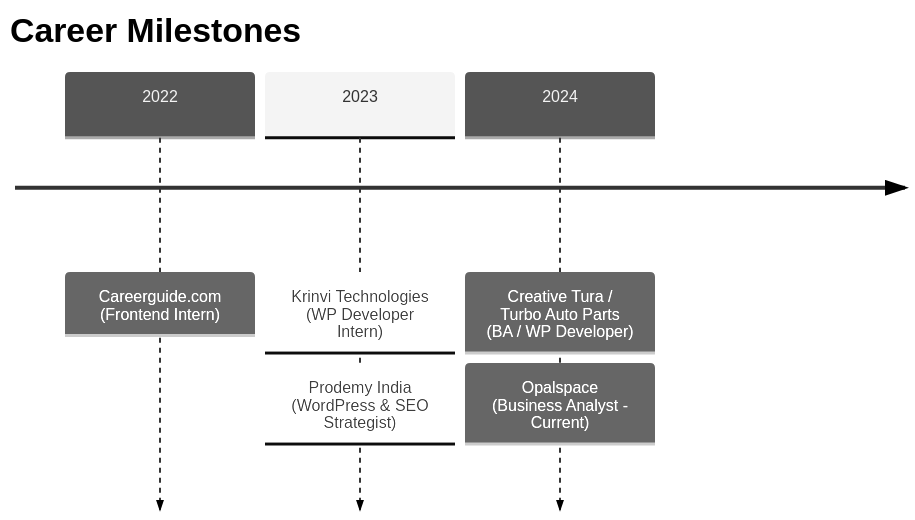
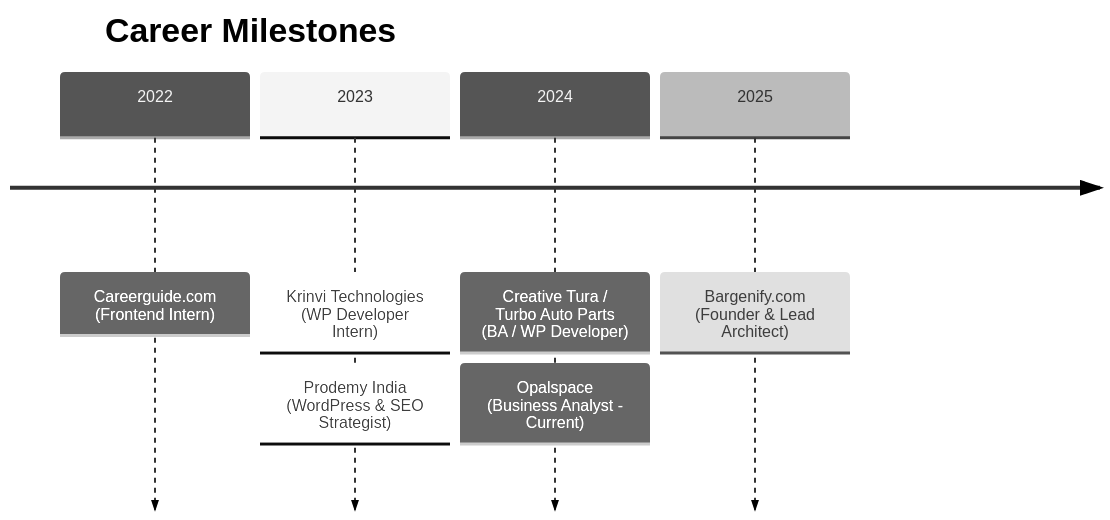
Before and after one commit to Cyconik/Cyconik: the diagram in README.md, drawn with Mermaid (neutral theme). The commit also changed other lines of this file, not shown here.

Commit message:
feat: highlight Bargenify as flagship, update full name to Nikhil Kumar Singh, remove phone, update email & products

````diff
--- a/README.md
+++ b/README.md
@@ -114,9 +119,10 @@
 ```mermaid
 timeline
     title Career Milestones
     2022 : Careerguide.com (Frontend Intern)
     2023 : Krinvi Technologies (WP Developer Intern)
          : Prodemy India (WordPress & SEO Strategist)
     2024 : Creative Tura / Turbo Auto Parts (BA / WP Developer)
          : Opalspace (Business Analyst - Current)
+    2025 : Bargenify.com (Founder & Lead Architect)
 ```
````
